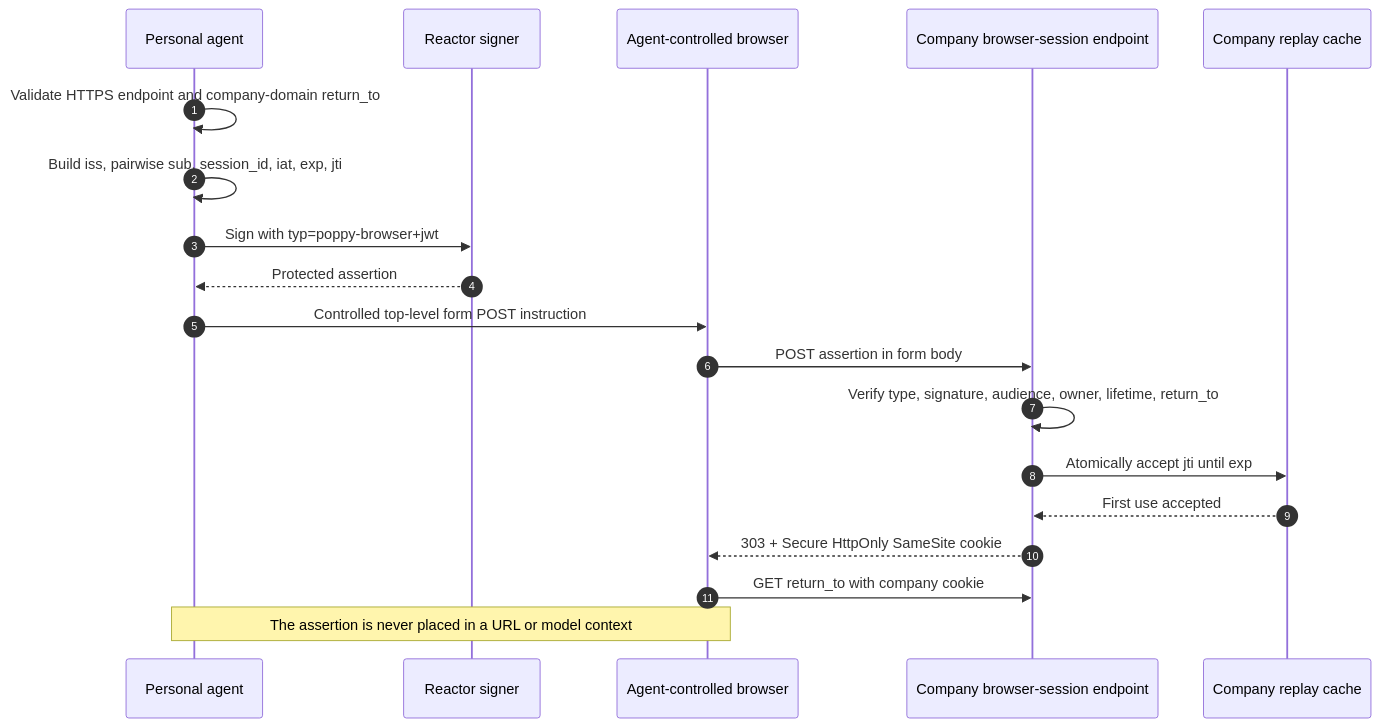
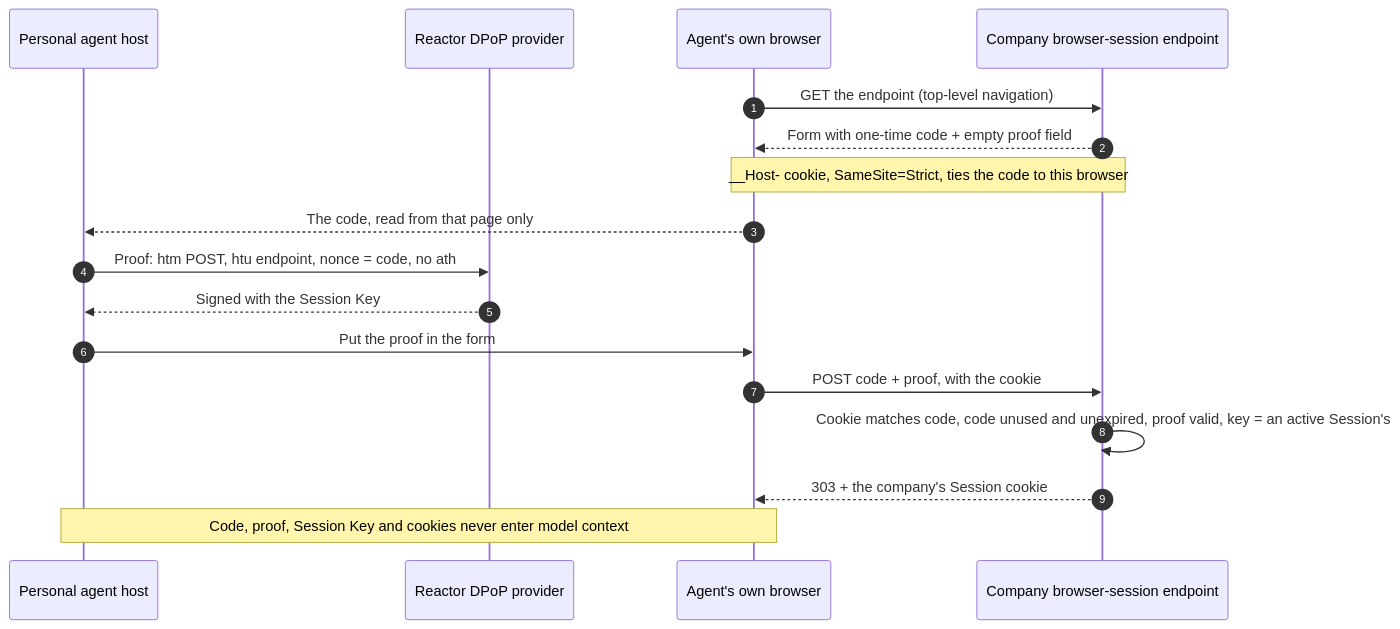
The diagram in docs/docs/examples/browser-session.mdx (datalayer/personal-agent-protocol), drawn with Mermaid before and after one commit. The commit also changed other lines of this file and 95 other files, not shown here.

````diff
--- a/docs/docs/examples/browser-session.mdx
+++ b/docs/docs/examples/browser-session.mdx
@@ -19,21 +22,19 @@
 ```mermaid
 sequenceDiagram
   autonumber
-  participant A as Personal agent
-  participant S as Reactor signer
-  participant B as Agent-controlled browser
+  participant A as Personal agent host
+  participant P as Reactor DPoP provider
+  participant B as Agent's own browser
   participant C as Company browser-session endpoint
-  participant R as Company replay cache
-  A->>A: Validate HTTPS endpoint and company-domain return_to
-  A->>A: Build iss, pairwise sub, session_id, iat, exp, jti
-  A->>S: Sign with typ=poppy-browser+jwt
-  S-->>A: Protected assertion
-  A->>B: Controlled top-level form POST instruction
-  B->>C: POST assertion in form body
-  C->>C: Verify type, signature, audience, owner, lifetime, return_to
-  C->>R: Atomically accept jti until exp
-  R-->>C: First use accepted
-  C-->>B: 303 + Secure HttpOnly SameSite cookie
-  B->>C: GET return_to with company cookie
-  Note over A,B: The assertion is never placed in a URL or model context
+  B->>C: GET the endpoint (top-level navigation)
+  C-->>B: Form with one-time code + empty proof field
+  Note over B,C: __Host- cookie, SameSite=Strict, ties the code to this browser
+  B-->>A: The code, read from that page only
+  A->>P: Proof: htm POST, htu endpoint, nonce = code, no ath
+  P-->>A: Signed with the Session Key
+  A->>B: Put the proof in the form
+  B->>C: POST code + proof, with the cookie
+  C->>C: Cookie matches code, code unused and unexpired, proof valid, key = an active Session's
+  C-->>B: 303 + the company's Session cookie
+  Note over A,B: Code, proof, Session Key and cookies never enter model context
 ```
````
